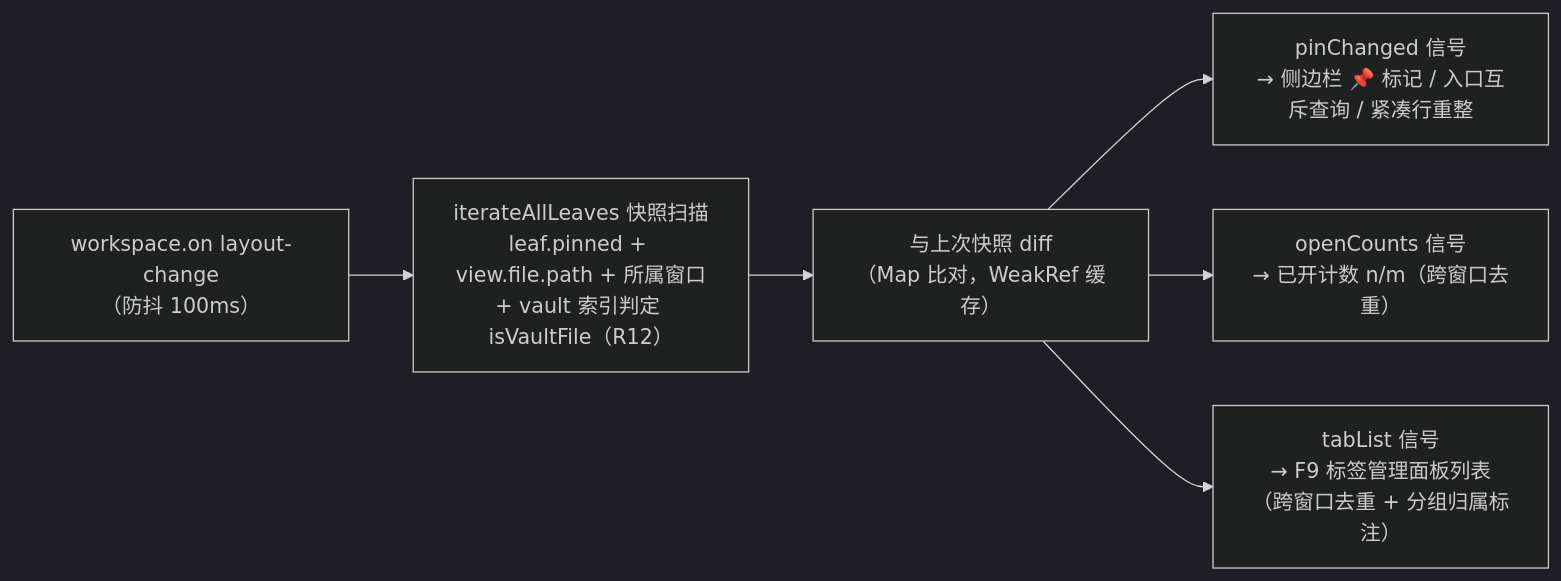
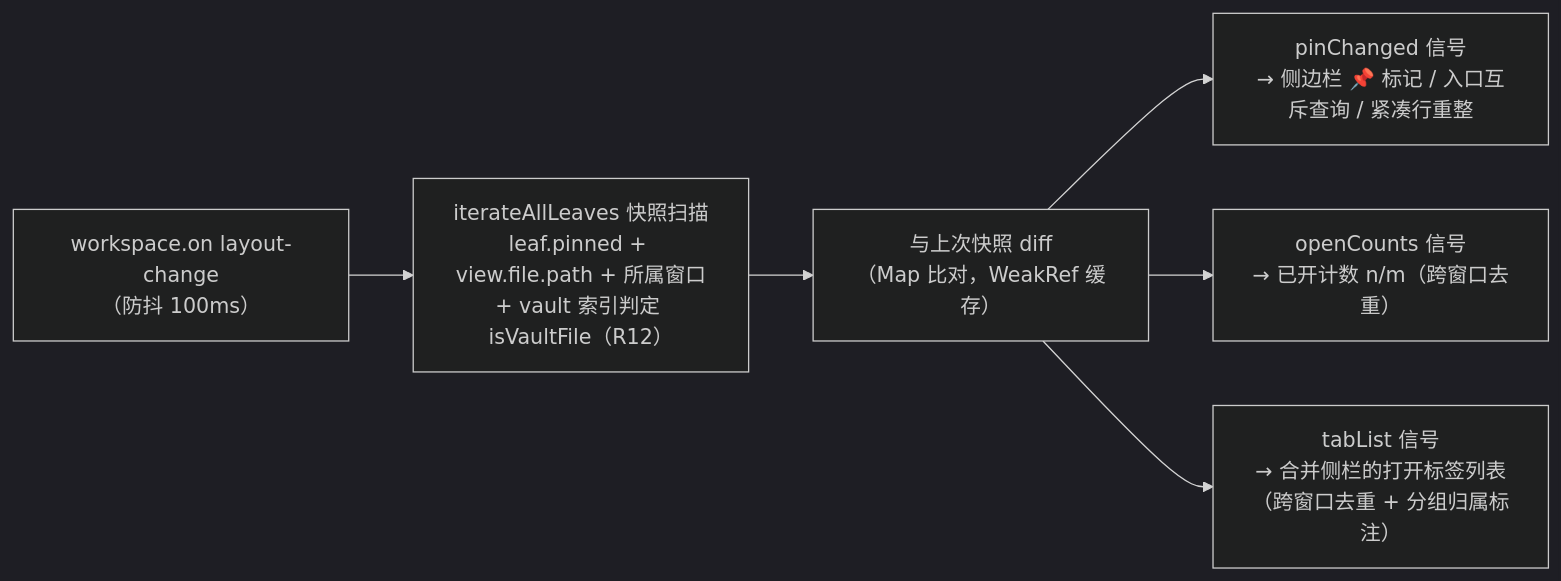
Before and after one commit to iceblyte/tab-tray: the fourth of 4 diagrams in docs/DESIGN.md, drawn with Mermaid (dark theme). The commit also changed other lines of this file and 5 other files, not shown here.

````diff
--- a/docs/DESIGN.md
+++ b/docs/DESIGN.md
@@ -464,8 +474,8 @@
 ```mermaid
 flowchart LR
     LC["workspace.on layout-change<br/>（防抖 100ms）"] --> SCAN["iterateAllLeaves 快照扫描<br/>leaf.pinned + view.file.path + 所属窗口<br/>+ vault 索引判定 isVaultFile（R12）"]
     SCAN --> DIFF["与上次快照 diff<br/>（Map 比对，WeakRef 缓存）"]
     DIFF --> SIG1["pinChanged 信号<br/>→ 侧边栏 📌 标记 / 入口互斥查询 / 紧凑行重整"]
     DIFF --> SIG2["openCounts 信号<br/>→ 已开计数 n/m（跨窗口去重）"]
-    DIFF --> SIG3["tabList 信号<br/>→ F9 标签管理面板列表（跨窗口去重 + 分组归属标注）"]
+    DIFF --> SIG3["tabList 信号<br/>→ 合并侧栏的打开标签列表（跨窗口去重 + 分组归属标注）"]
 ```
````
